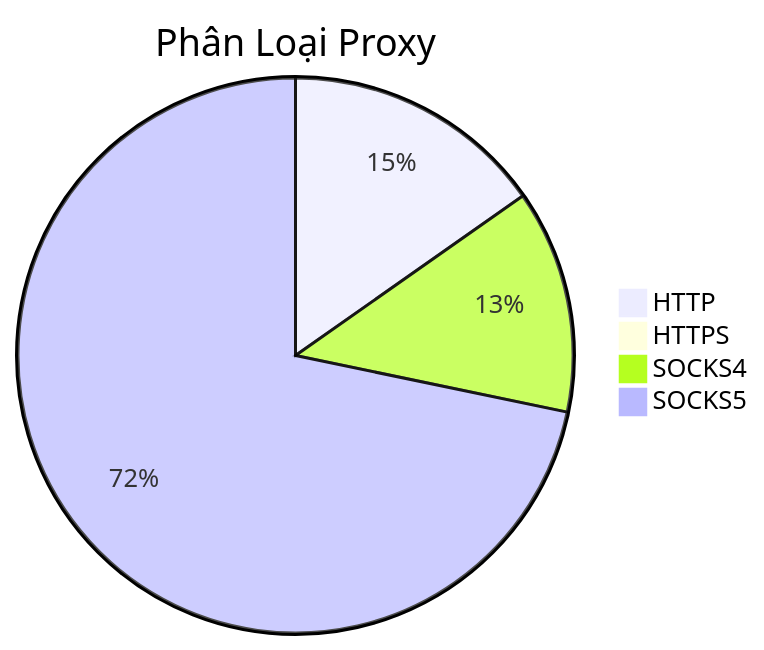
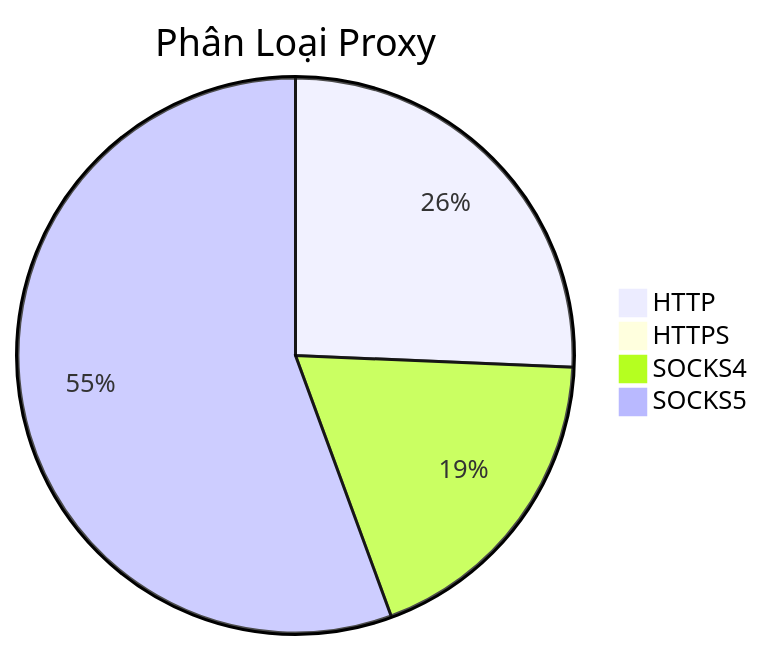
The diagram in README.md (Ciara-Aa/PROXY-free), drawn with Mermaid before and after one commit. The commit also changed other lines of this file and 4 other files, not shown here.

````diff
--- a/README.md
+++ b/README.md
@@ -26,7 +26,7 @@
 ```mermaid
 pie title Phân Loại Proxy
-    "HTTP" : 245
-    "HTTPS" : 4
-    "SOCKS4" : 209
-    "SOCKS5" : 1152
+    "HTTP" : 314
+    "HTTPS" : 5
+    "SOCKS4" : 229
+    "SOCKS5" : 680
 ```
````
